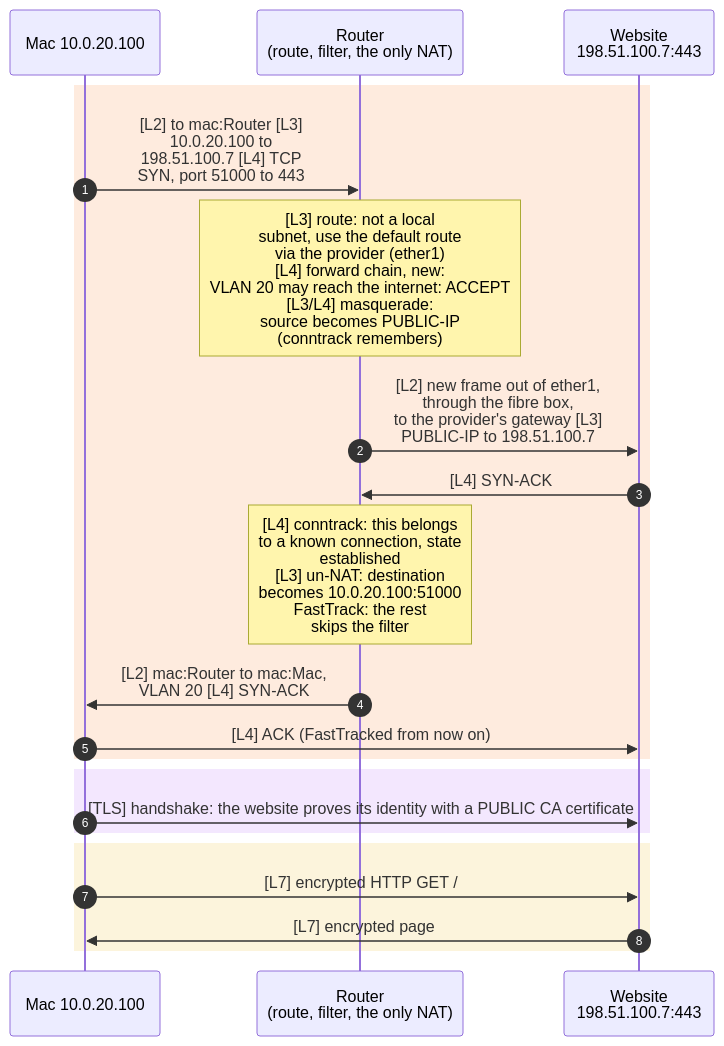
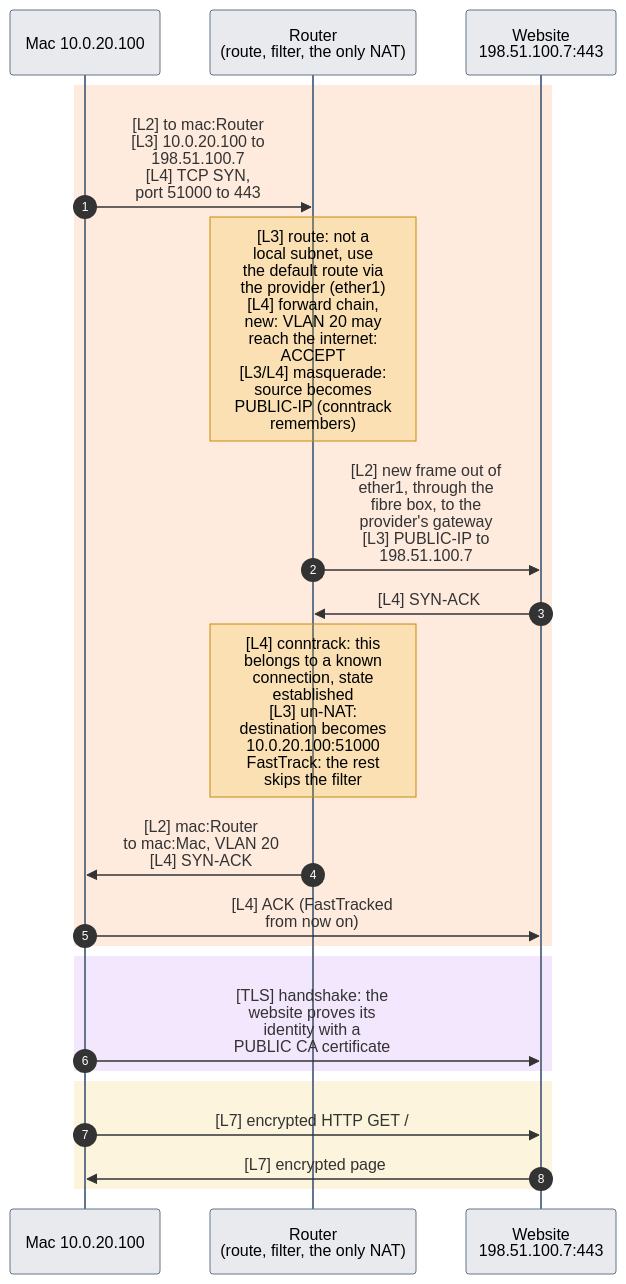
The fifth of 6 diagrams in content/pages/networking/basics/router-essentials.mdx (mithun3/tech-blog), drawn with Mermaid before and after one commit. The commit also changed other lines of this file and 8 other files, not shown here.

Commit message:
mermaid updates.

````diff
--- a/content/pages/networking/basics/router-essentials.mdx
+++ b/content/pages/networking/basics/router-essentials.mdx
@@ -204,23 +270,39 @@
 ```mermaid
+---
+config:
+  look: classic
+  fontFamily: "system-ui, -apple-system, Segoe UI, Roboto, Helvetica, Arial, sans-serif"
+  themeCSS: "rect.actor, rect.note { rx: 6px; ry: 6px; }"
+  themeVariables:
+    actorBkg: "#64748b26"
+    actorBorder: "#64748b"
+    actorLineColor: "#64748b"
+    noteBkgColor: "#eab30833"
+    noteBorderColor: "#ca8a04"
+    labelBoxBkgColor: "#64748b33"
+    labelBoxBorderColor: "#64748b"
+    activationBkgColor: "#64748b40"
+    activationBorderColor: "#64748b"
+---
 sequenceDiagram
     autonumber
     participant Mac as Mac 10.0.20.100
     participant RB as Router<br/>(route, filter, the only NAT)
     participant Web as Website<br/>198.51.100.7:443
     rect rgba(249, 115, 22, 0.14)
-    Mac->>RB: [L2] to mac:Router [L3]<br/>10.0.20.100 to<br/>198.51.100.7 [L4] TCP<br/>SYN, port 51000 to 443
-    Note over RB: [L3] route: not a local<br/>subnet, use the default route<br/>via the provider (ether1)<br/>[L4] forward chain, new:<br/>VLAN 20 may reach the internet: ACCEPT<br/>[L3/L4] masquerade:<br/>source becomes PUBLIC-IP<br/>(conntrack remembers)
-    RB->>Web: [L2] new frame out of ether1,<br/>through the fibre box,<br/>to the provider's gateway [L3]<br/>PUBLIC-IP to 198.51.100.7
+    Mac->>RB: [L2] to mac:Router<br/>[L3] 10.0.20.100 to<br/>198.51.100.7<br/>[L4] TCP SYN,<br/>port 51000 to 443
+    Note over RB: [L3] route: not a<br/>local subnet, use<br/>the default route via<br/>the provider (ether1)<br/>[L4] forward chain,<br/>new: VLAN 20 may<br/>reach the internet:<br/>ACCEPT<br/>[L3/L4] masquerade:<br/>source becomes<br/>PUBLIC-IP (conntrack<br/>remembers)
+    RB->>Web: [L2] new frame out of<br/>ether1, through the<br/>fibre box, to the<br/>provider's gateway<br/>[L3] PUBLIC-IP to<br/>198.51.100.7
     Web->>RB: [L4] SYN-ACK
-    Note over RB: [L4] conntrack: this belongs<br/>to a known connection, state<br/>established<br/>[L3] un-NAT: destination<br/>becomes 10.0.20.100:51000<br/>FastTrack: the rest<br/>skips the filter
-    RB->>Mac: [L2] mac:Router to mac:Mac,<br/>VLAN 20 [L4] SYN-ACK
-    Mac->>Web: [L4] ACK (FastTracked from now on)
+    Note over RB: [L4] conntrack: this<br/>belongs to a known<br/>connection, state<br/>established<br/>[L3] un-NAT:<br/>destination becomes<br/>10.0.20.100:51000<br/>FastTrack: the rest<br/>skips the filter
+    RB->>Mac: [L2] mac:Router<br/>to mac:Mac, VLAN 20<br/>[L4] SYN-ACK
+    Mac->>Web: [L4] ACK (FastTracked<br/>from now on)
     end
     rect rgba(168, 85, 247, 0.14)
-    Mac->>Web: [TLS] handshake: the website proves its identity with a PUBLIC CA certificate
+    Mac->>Web: [TLS] handshake: the<br/>website proves its<br/>identity with a<br/>PUBLIC CA certificate
     end
     rect rgba(234, 179, 8, 0.14)
     Mac->>Web: [L7] encrypted HTTP GET /
     Web->>Mac: [L7] encrypted page
     end
 ```
````
